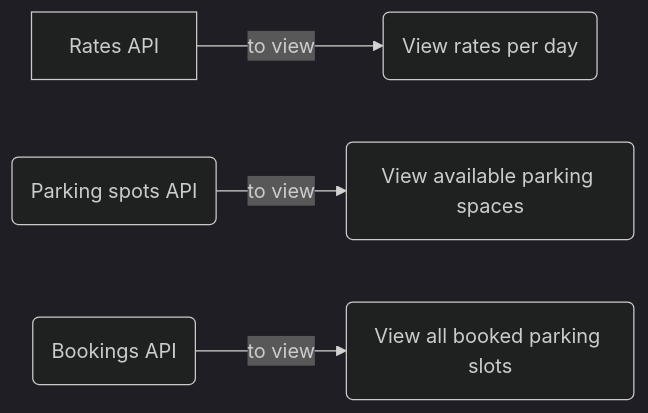
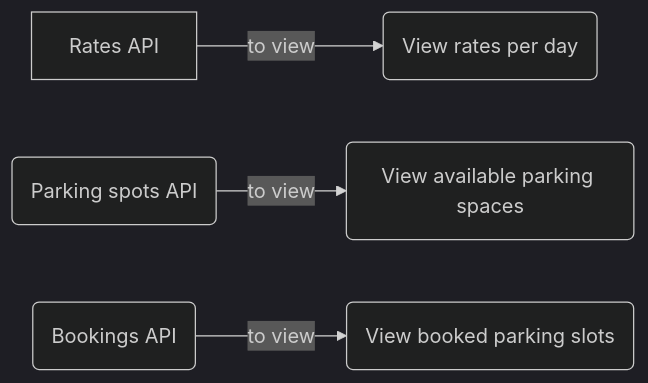
One commit to alsyedz-examples/parking-system changed the diagram in README.md. Above: the diagram before and after it, drawn with Mermaid (dark theme).

````diff
--- a/README.md
+++ b/README.md
@@ -25,6 +25,6 @@
 ```mermaid
 graph LR
 A[Rates API] -- to view --> B(View rates per day)
 C(Parking spots API) -- to view --> D(View available parking spaces)
-E(Bookings API) -- to view --> F(View all booked parking slots)
+E(Bookings API) -- to view --> F(View booked parking slots)
 ```
````
